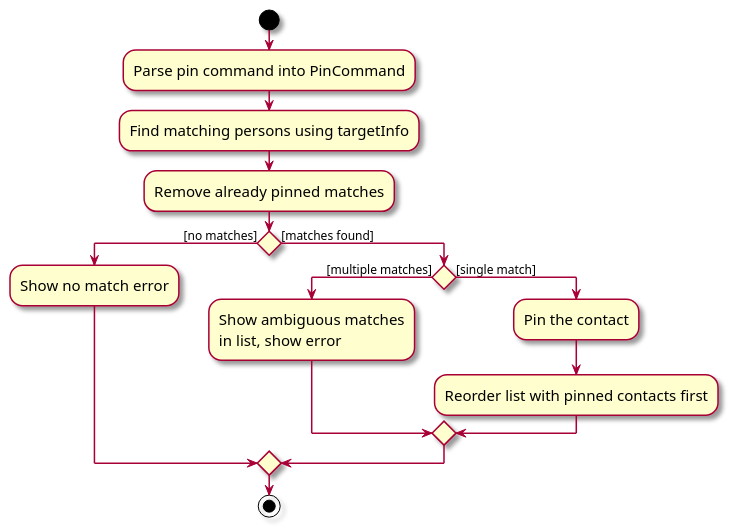
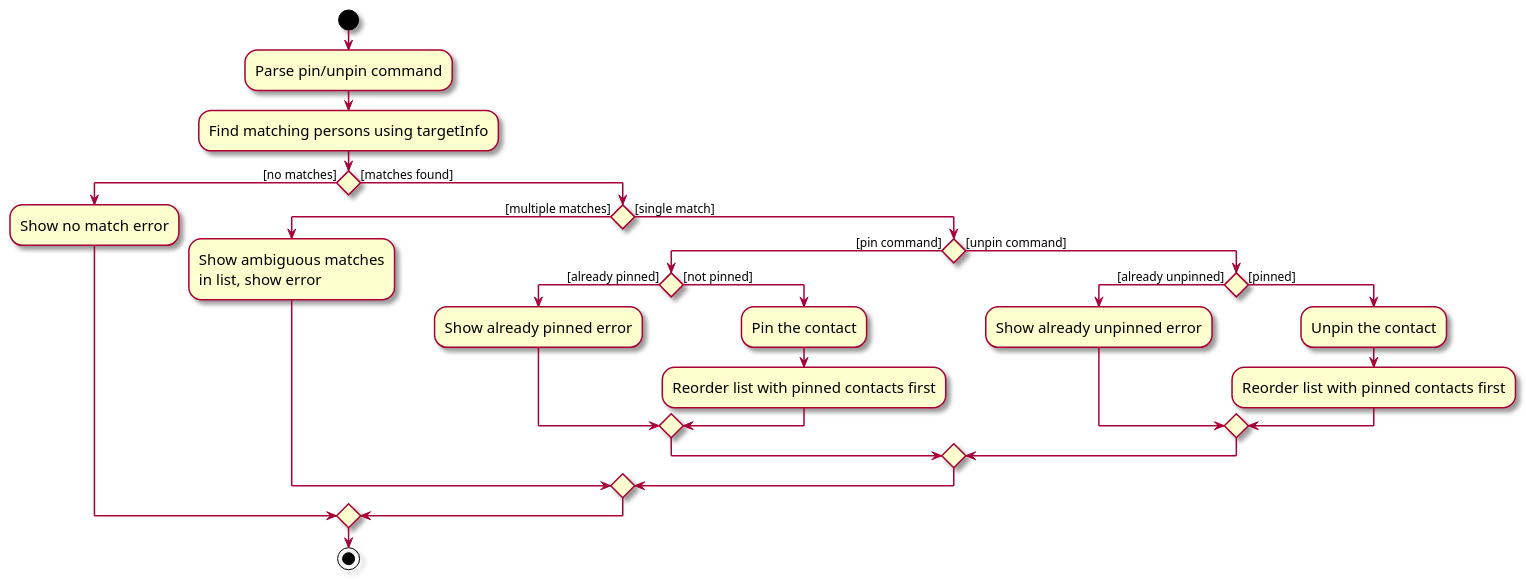
One commit to AY2526S2-CS2103-F08-4/tp changed the diagram in diagrams/PinActivityDiagram.puml. Above: the diagram before and after it, drawn with PlantUML. The commit also changed 27 other files, not shown here.

```diff
--- a/diagrams/PinActivityDiagram.puml
+++ b/diagrams/PinActivityDiagram.puml
@@ -1,23 +1,35 @@
 @startuml
 skin rose
 skinparam ActivityFontSize 15
 skinparam ArrowFontSize 12
 
 start
-:Parse pin command into PinCommand;
+:Parse pin/unpin command;
 :Find matching persons using targetInfo;
-:Remove already pinned matches;
 
 if () then ([no matches])
   :Show no match error;
 else ([matches found])
   if () then ([multiple matches])
     :Show ambiguous matches\nin list, show error;
   else ([single match])
-    :Pin the contact;
-    :Reorder list with pinned contacts first;
+    if () then ([pin command])
+      if () then ([already pinned])
+        :Show already pinned error;
+      else ([not pinned])
+        :Pin the contact;
+        :Reorder list with pinned contacts first;
+      endif
+    else ([unpin command])
+      if () then ([already unpinned])
+        :Show already unpinned error;
+      else ([pinned])
+        :Unpin the contact;
+        :Reorder list with pinned contacts first;
+      endif
+    endif
   endif
 endif
 
 stop
 @enduml
```
